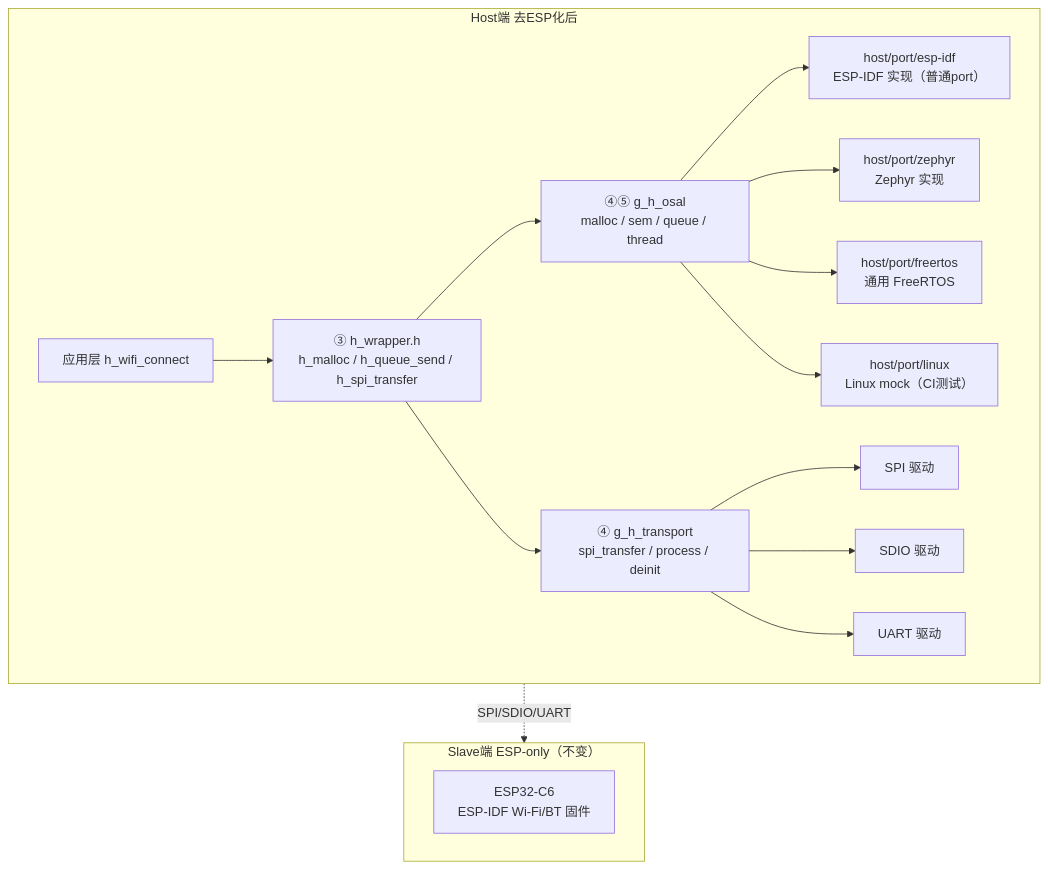
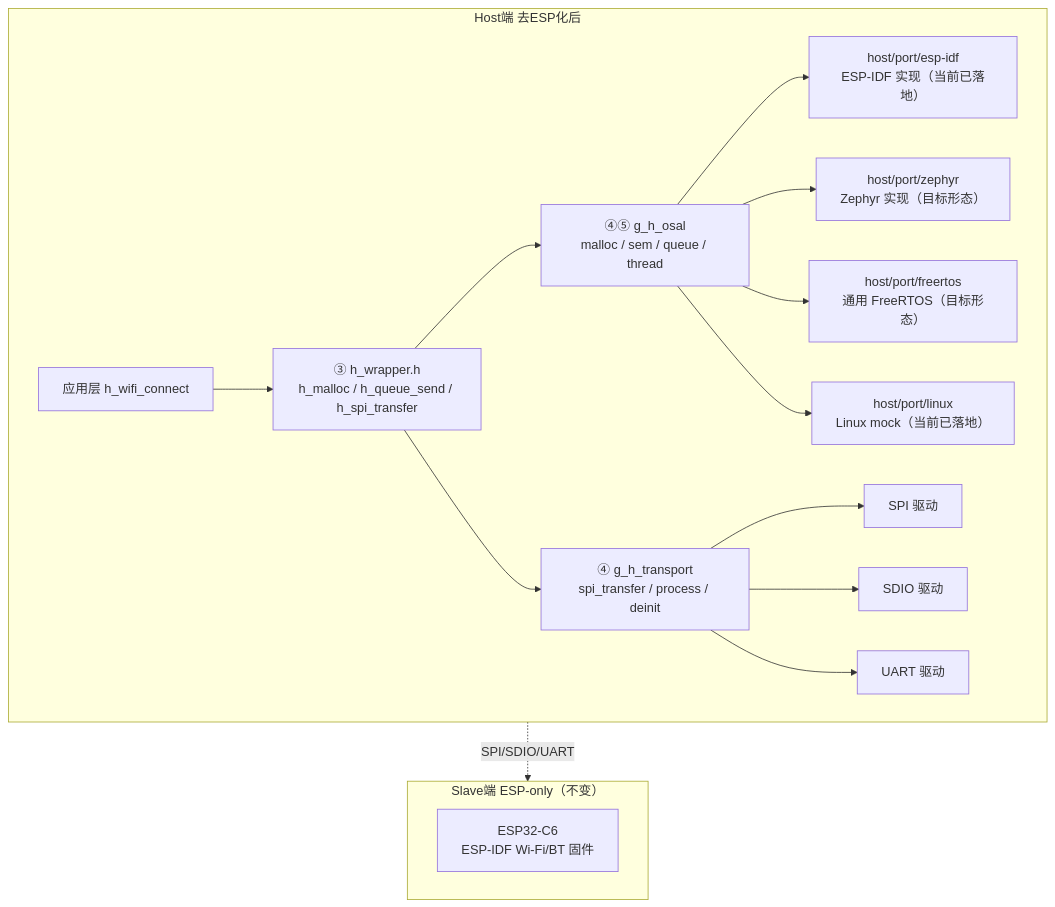
Before and after one commit to espressif/esp-hosted-mcu: the fifth of 5 diagrams in docs/felix/3.嵌入式跨平台设计模式.md, drawn with Mermaid. The commit also changed other lines of this file and 8 other files, not shown here.

````diff
--- a/docs/felix/3.嵌入式跨平台设计模式.md
+++ b/docs/felix/3.嵌入式跨平台设计模式.md
@@ -985,21 +985,21 @@
 ```mermaid
 flowchart TD
     subgraph Host["Host端 去ESP化后"]
         App["应用层 h_wifi_connect"] --> Wrapper["③ h_wrapper.h\nh_malloc / h_queue_send / h_spi_transfer"]
         Wrapper --> VTable_OSAL["④⑤ g_h_osal\nmalloc / sem / queue / thread"]
         Wrapper --> VTable_Transport["④ g_h_transport\nspi_transfer / process / deinit"]
-        VTable_OSAL --> Port1["host/port/esp-idf\nESP-IDF 实现（普通port）"]
-        VTable_OSAL --> Port2["host/port/zephyr\nZephyr 实现"]
-        VTable_OSAL --> Port3["host/port/freertos\n通用 FreeRTOS"]
-        VTable_OSAL --> Port4["host/port/linux\nLinux mock（CI测试）"]
+        VTable_OSAL --> Port1["host/port/esp-idf\nESP-IDF 实现（当前已落地）"]
+        VTable_OSAL --> Port2["host/port/zephyr\nZephyr 实现（目标形态）"]
+        VTable_OSAL --> Port3["host/port/freertos\n通用 FreeRTOS（目标形态）"]
+        VTable_OSAL --> Port4["host/port/linux\nLinux mock（当前已落地）"]
         VTable_Transport --> SpiImpl["SPI 驱动"]
         VTable_Transport --> SdioImpl["SDIO 驱动"]
         VTable_Transport --> UartImpl["UART 驱动"]
     end
 
     subgraph Slave["Slave端 ESP-only（不变）"]
         SlaveNode["ESP32-C6\nESP-IDF Wi-Fi/BT 固件"]
     end
 
     Host -. "SPI/SDIO/UART" .-> Slave
 ```
````
